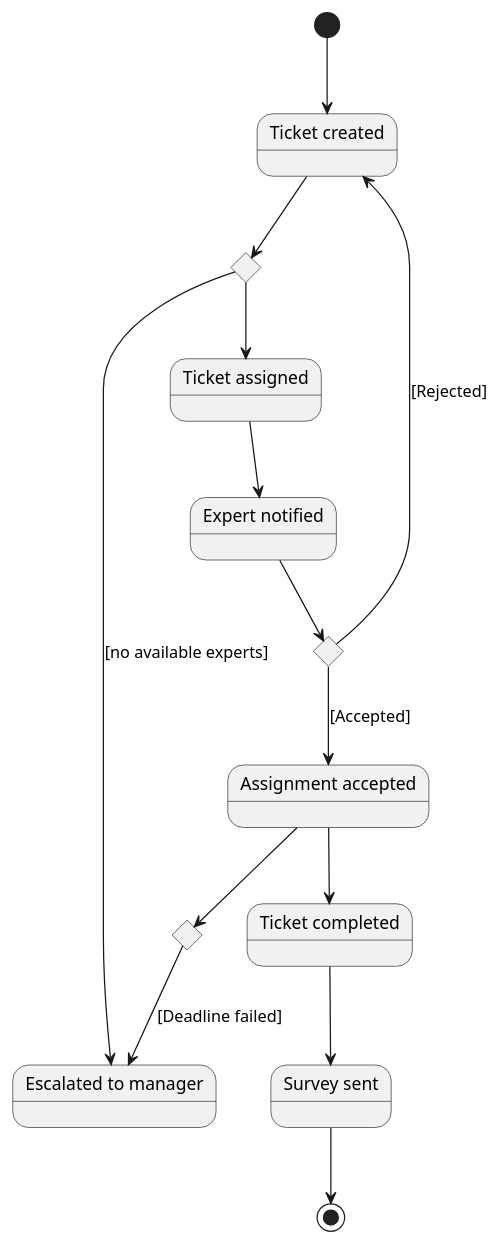
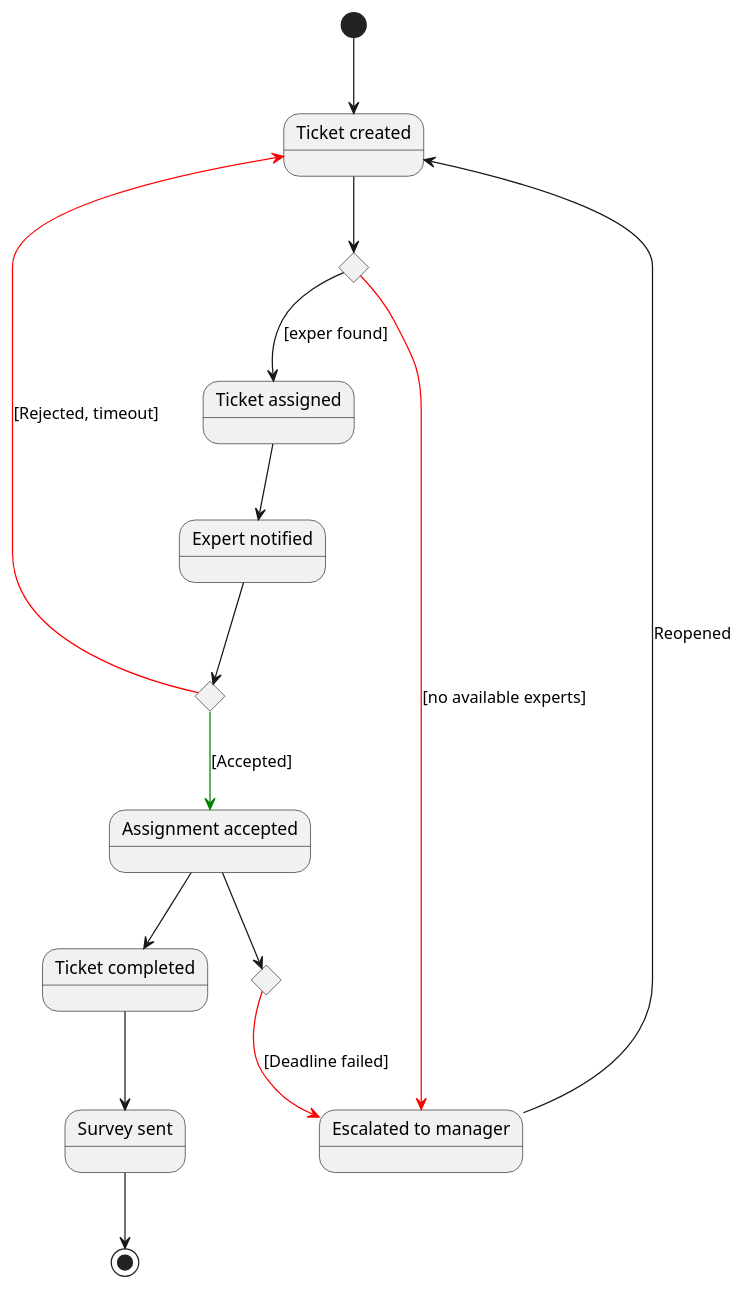
The diagram in assets/ticket_worklfow.puml (akryvko/architectural-katas-renaissance), drawn with PlantUML before and after one commit. The commit also changed 7 other files, not shown here.

```diff
--- a/assets/ticket_worklfow.puml
+++ b/assets/ticket_worklfow.puml
@@ -1,38 +1,41 @@
 @startuml Ticket flow
 
 state "Ticket created" as created
 
 state expert_available <<choice>>
 state expert_accepted <<choice>>
 state deadline_met <<choice>>
 
 state "Ticket assigned" as assigned
 state "Expert notified" as notified
 state "Assignment accepted" as accepted
 state "Escalated to manager" as escalated
 state "Ticket completed" as completed
 state "Survey sent" as survey_sent
 
-
 [*] --> created
 created --> expert_available
 
-expert_available --> assigned
-expert_available --> escalated: [no available experts]
+expert_available --> assigned : [exper found]
+expert_available -[#red]-> escalated: [no available experts]
 
 assigned --> notified
 
 notified --> expert_accepted
-expert_accepted --> accepted :[Accepted]
-expert_accepted --> created : [Rejected]
+expert_accepted -[#green]-> accepted :[Accepted]
+expert_accepted -[#red]-> created : [Rejected, timeout]
 
 accepted --> deadline_met
-deadline_met --> escalated: [Deadline failed]
+deadline_met -[#red]-> escalated: [Deadline failed]
+
+escalated --> created: Reopened
 
 accepted --> completed
 
 completed --> survey_sent
 
 survey_sent --> [*]
 
+' note left of escalated: Manual control happens here
+
 @enduml
```
